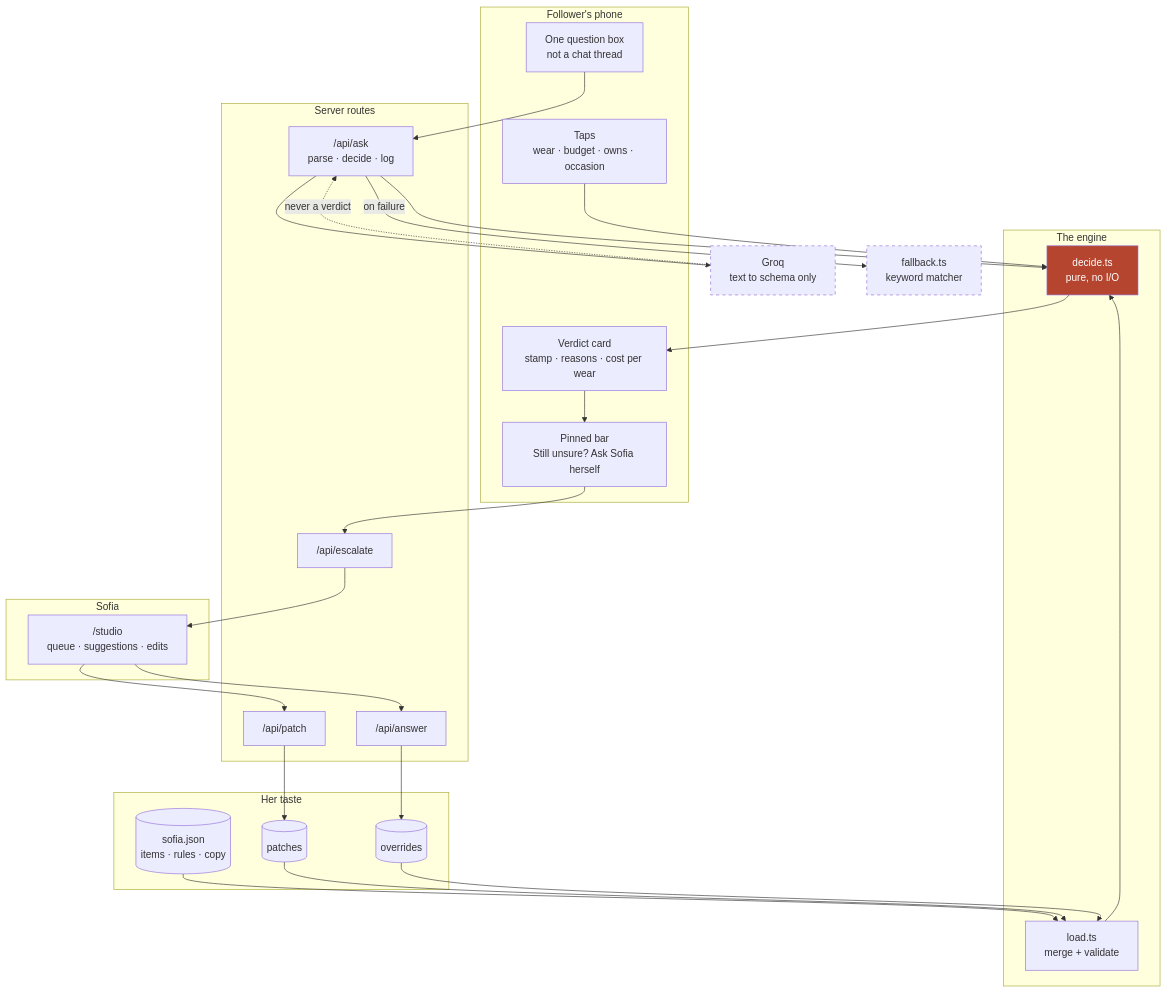
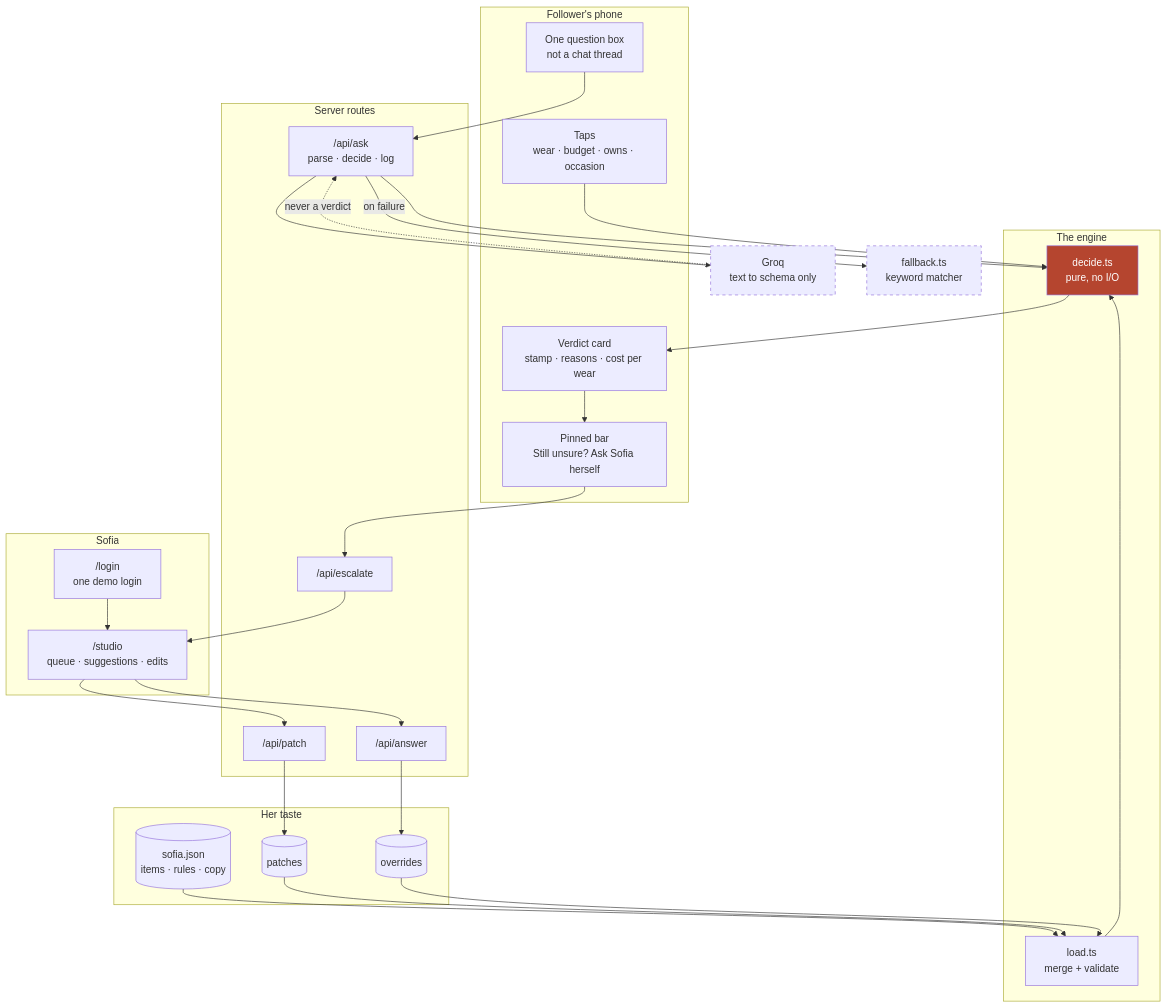
The first of 3 diagrams in README.md (s1ddh-rth/ask-sofia), drawn with Mermaid before and after one commit. The commit also changed other lines of this file, not shown here.

Commit message:
README catches up with the login, the situational rule and the eval count

````diff
--- a/README.md
+++ b/README.md
@@ -31,57 +31,59 @@
 ```mermaid
 flowchart TB
     subgraph browser["Follower's phone"]
         taps["Taps<br/>wear · budget · owns · occasion"]
         box["One question box<br/>not a chat thread"]
         card["Verdict card<br/>stamp · reasons · cost per wear"]
         bar["Pinned bar<br/>Still unsure? Ask Sofia herself"]
     end
 
     subgraph server["Server routes"]
         ask["/api/ask<br/>parse · decide · log"]
         esc["/api/escalate"]
         ans["/api/answer"]
         patch["/api/patch"]
     end
 
     subgraph core["The engine"]
         load["load.ts<br/>merge + validate"]
         decide["decide.ts<br/>pure, no I/O"]
     end
 
     subgraph data["Her taste"]
         json[("sofia.json<br/>items · rules · copy")]
         patches[("patches")]
         overrides[("overrides")]
     end
 
     subgraph her["Sofia"]
+        login["/login<br/>one demo login"]
         studio["/studio<br/>queue · suggestions · edits"]
     end
 
     groq["Groq<br/>text to schema only"]
     fallback["fallback.ts<br/>keyword matcher"]
 
     taps --> decide
     box --> ask
     ask -->|"on failure"| fallback
     ask --> groq
     groq -.->|"never a verdict"| ask
     ask --> decide
     decide --> card
     card --> bar
     bar --> esc
     esc --> studio
+    login --> studio
     studio --> ans
     studio --> patch
     ans --> overrides
     patch --> patches
     json --> load
     patches --> load
     overrides --> load
     load --> decide
 
     style decide fill:#B5452F,color:#fff
     style groq stroke-dasharray: 5 5
     style fallback stroke-dasharray: 5 5
 ```
````
